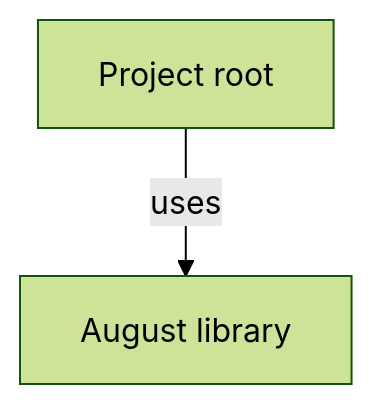
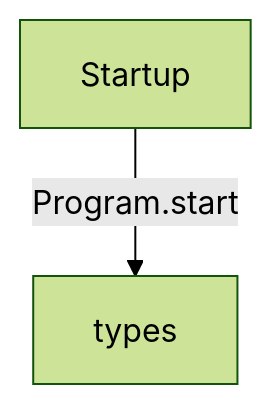
The first of 2 diagrams in docs/examples/generic-di/diagrams/index.md (GreenPandaStudios/augscript), drawn with Mermaid (forest theme) before and after one commit. The commit also changed other lines of this file and 524 other files, not shown here.

Commit message:
Explain checked data flow at folder and service levels

````diff
--- a/docs/examples/generic-di/diagrams/index.md
+++ b/docs/examples/generic-di/diagrams/index.md
@@ -21,6 +19,6 @@
 ```mermaid
 flowchart TD
-    n0["August library"]
-    n1["Project root"]
-    n1 -->|"uses"| n0
+    n0["Startup"]
+    n1["types"]
+    n0 -->|"Program.start"| n1
 ```
````
